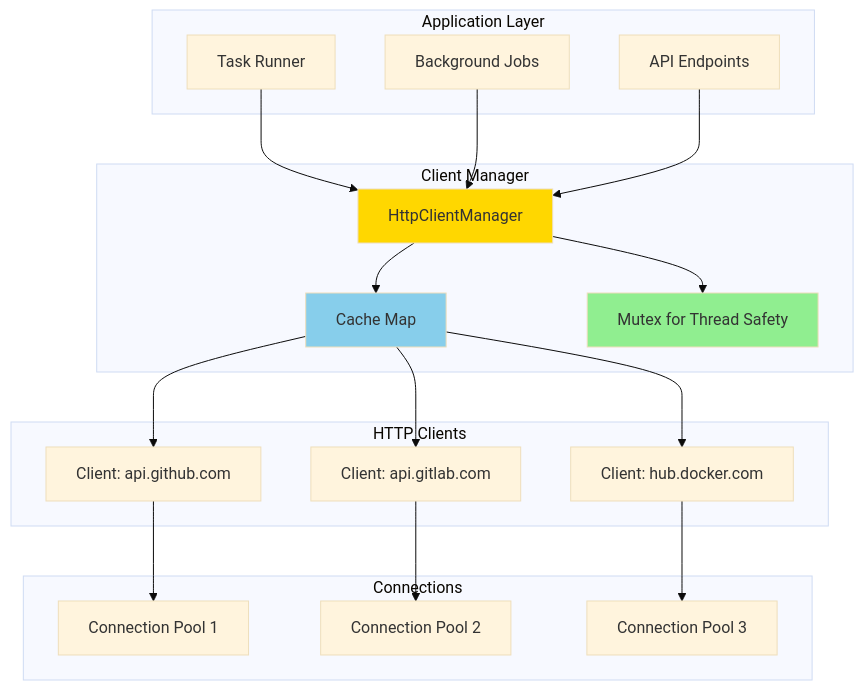
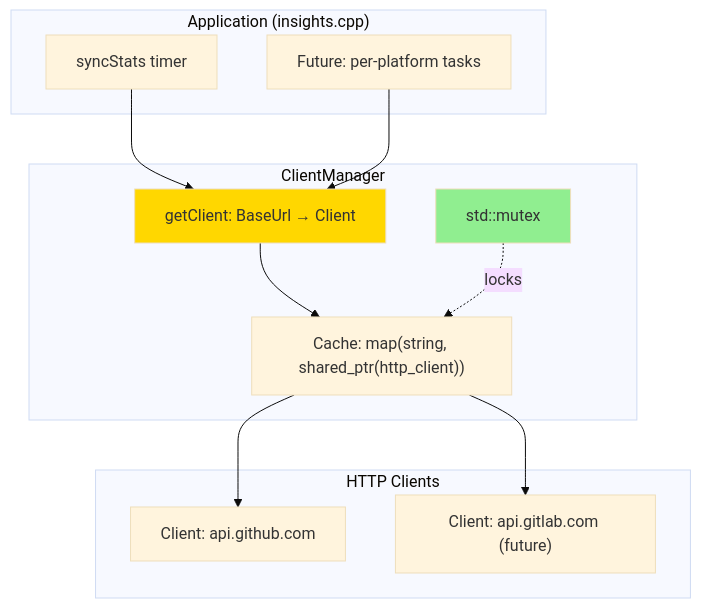
The third of 3 diagrams in docs/http-client-guide.md (guzman109/icicle-insights), drawn with Mermaid (base theme) before and after one commit. The commit also changed other lines of this file and 31 other files, not shown here.

````diff
--- a/docs/http-client-guide.md
+++ b/docs/http-client-guide.md
@@ -150,37 +284,28 @@
 ```mermaid
 graph TB
-    subgraph "Application Layer"
-        A[Task Runner]
-        B[Background Jobs]
-        C[API Endpoints]
+    subgraph "Application (insights.cpp)"
+        A[syncStats timer]
+        B[Future: per-platform tasks]
     end
 
-    subgraph "Client Manager"
-        D[HttpClientManager]
-        D --> E[Cache Map<BaseUrl, Client>]
-        D --> F[Mutex for Thread Safety]
+    subgraph "ClientManager"
+        C[getClient: BaseUrl → Client]
+        D["Cache: map(string, shared_ptr(http_client))"]
+        E[std::mutex]
     end
 
     subgraph "HTTP Clients"
-        G1[Client: api.github.com]
-        G2[Client: api.gitlab.com]
-        G3[Client: hub.docker.com]
+        F["Client: api.github.com"]
+        G["Client: api.gitlab.com (future)"]
     end
 
-    subgraph "Connections"
-        G1 --> H1[Connection Pool 1]
-        G2 --> H2[Connection Pool 2]
-        G3 --> H3[Connection Pool 3]
-    end
+    A --> C
+    B --> C
+    C --> D
+    D --> F
+    D --> G
+    E -.locks.-> D
 
-    A --> D
-    B --> D
-    C --> D
-    E --> G1
-    E --> G2
-    E --> G3
-
-    style D fill:#FFD700
-    style E fill:#87CEEB
-    style F fill:#90EE90
+    style C fill:#FFD700
+    style E fill:#90EE90
 ```
````
